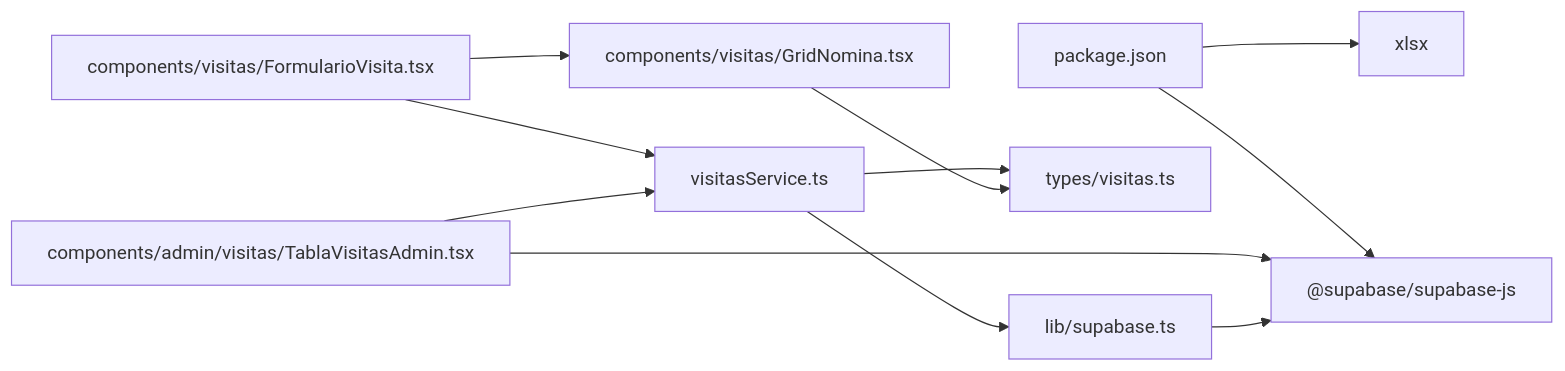
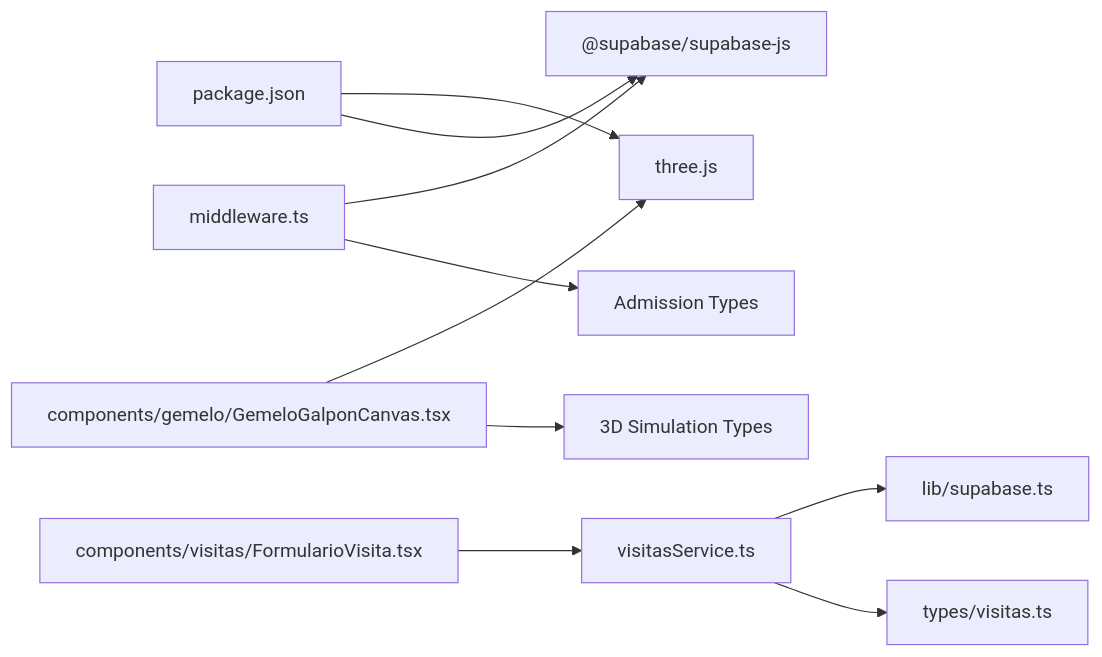
Before and after one commit to AgusCatra/simu-twin-web: the fifth of 5 diagrams in .qoder/repowiki/en/content/Core Services & Business Logic/Core Services & Business Logic.md, drawn with Mermaid. The commit also changed other lines of this file and 27 other files, not shown here.

````diff
--- a/.qoder/repowiki/en/content/Core Services & Business Logic/Core Services & Business Logic.md
+++ b/.qoder/repowiki/en/content/Core Services & Business Logic/Core Services & Business Logic.md
@@ -464,22 +565,23 @@
 ```mermaid
 graph LR
 P["package.json"]
 SB["@supabase/supabase-js"]
-XLSX["xlsx"]
+THREE["three.js"]
 VS["visitasService.ts"]
 TS["types/visitas.ts"]
+GS["3D Simulation Types"]
+AS["Admission Types"]
 SC["lib/supabase.ts"]
 FC["components/visitas/FormularioVisita.tsx"]
-GN["components/visitas/GridNomina.tsx"]
-TA["components/admin/visitas/TablaVisitasAdmin.tsx"]
+GC["components/gemelo/GemeloGalponCanvas.tsx"]
+MC["middleware.ts"]
 P --> SB
-P --> XLSX
+P --> THREE
 VS --> TS
 VS --> SC
+GC --> GS
+MC --> AS
 FC --> VS
-FC --> GN
-TA --> VS
-TA --> SB
-SC --> SB
-GN --> TS
+GC --> THREE
+MC --> SB
 ```
````
